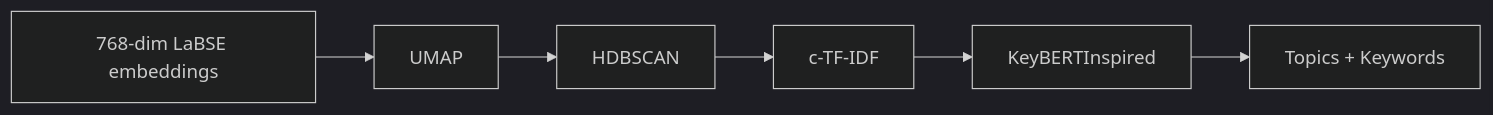
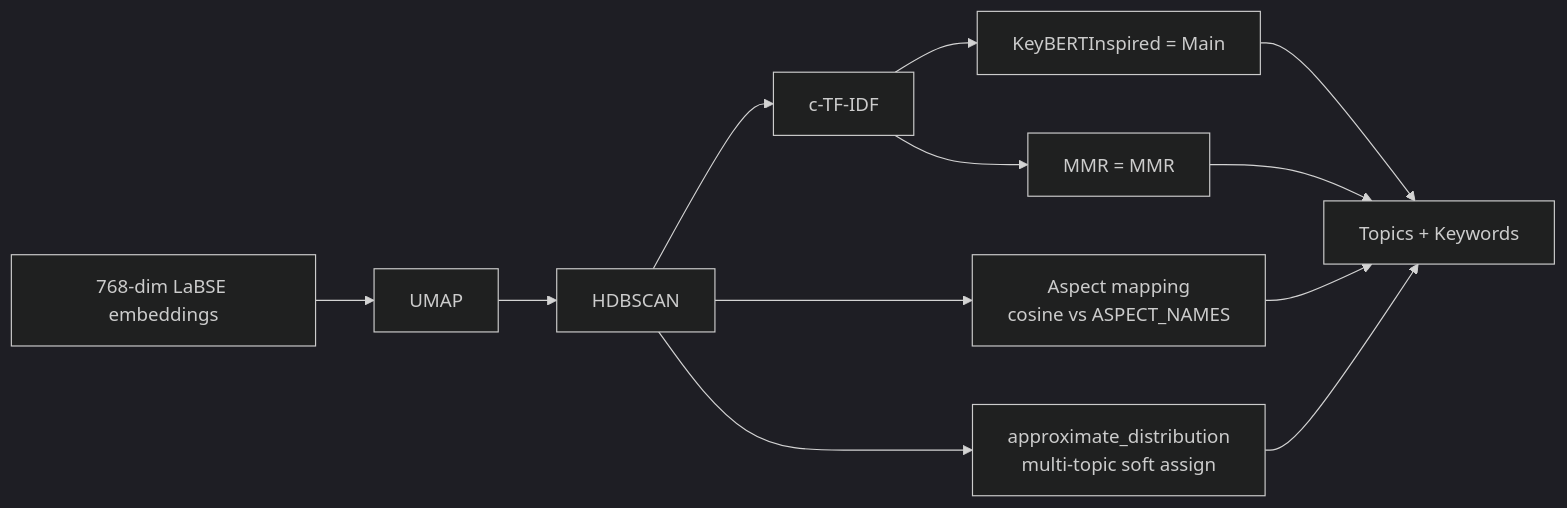
Before and after one commit to CtrlAltElite-Devs/topic.worker.faculytics: the diagram in docs/pipeline.mdx, drawn with Mermaid (dark theme). The commit also changed other lines of this file and 12 other files, not shown here.

First line of the commit message:
feat: tier 1 aspect-aware guided topic modeling (nb_015)

````diff
--- a/docs/pipeline.mdx
+++ b/docs/pipeline.mdx
@@ -10,8 +10,14 @@
 ```mermaid
 flowchart LR
     A[768-dim LaBSE embeddings] --> B[UMAP]
     B --> C[HDBSCAN]
     C --> D[c-TF-IDF]
-    D --> E[KeyBERTInspired]
+    D --> E[KeyBERTInspired = Main]
+    D --> E2[MMR = MMR]
     E --> F[Topics + Keywords]
+    E2 --> F
+    C --> G[Aspect mapping<br/>cosine vs ASPECT_NAMES]
+    G --> F
+    C --> H[approximate_distribution<br/>multi-topic soft assign]
+    H --> F
 ```
````
